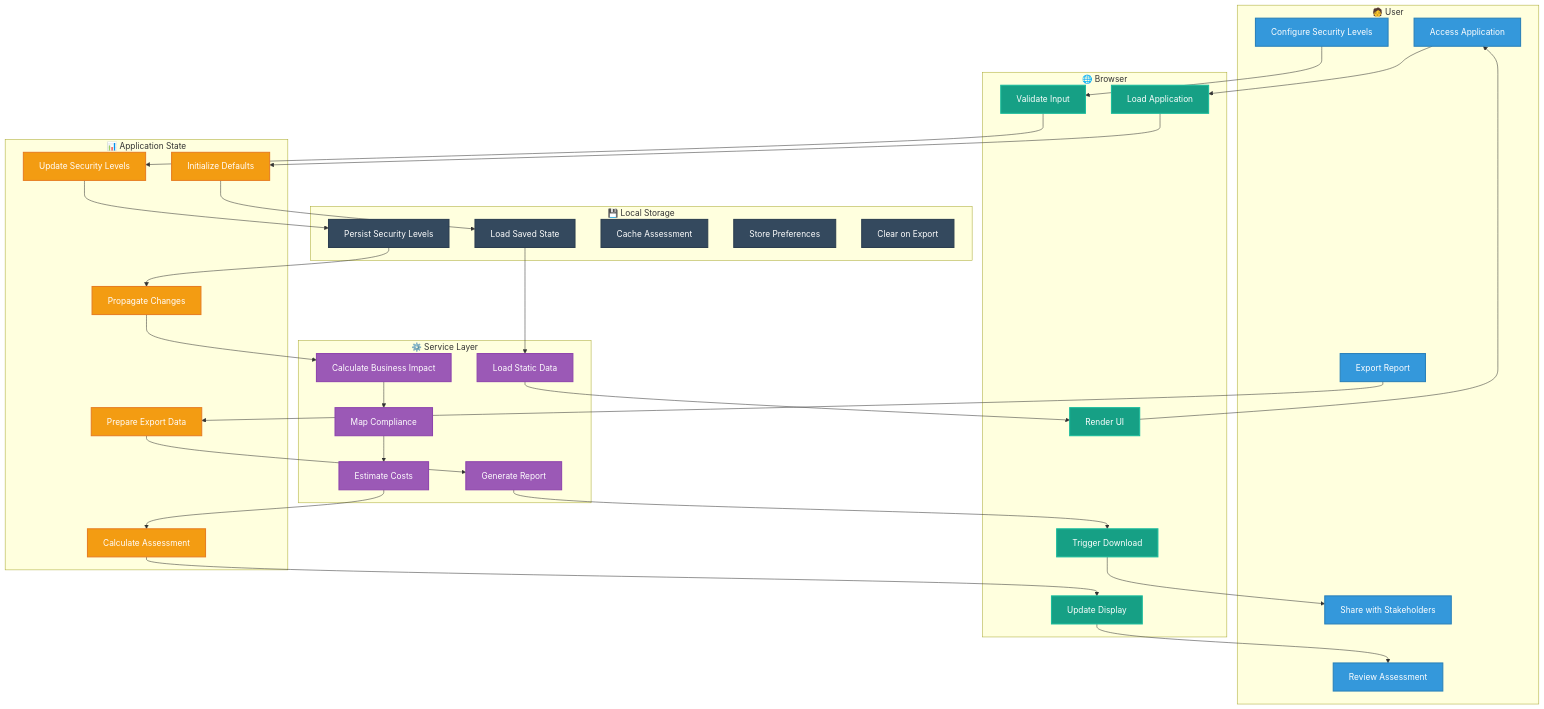
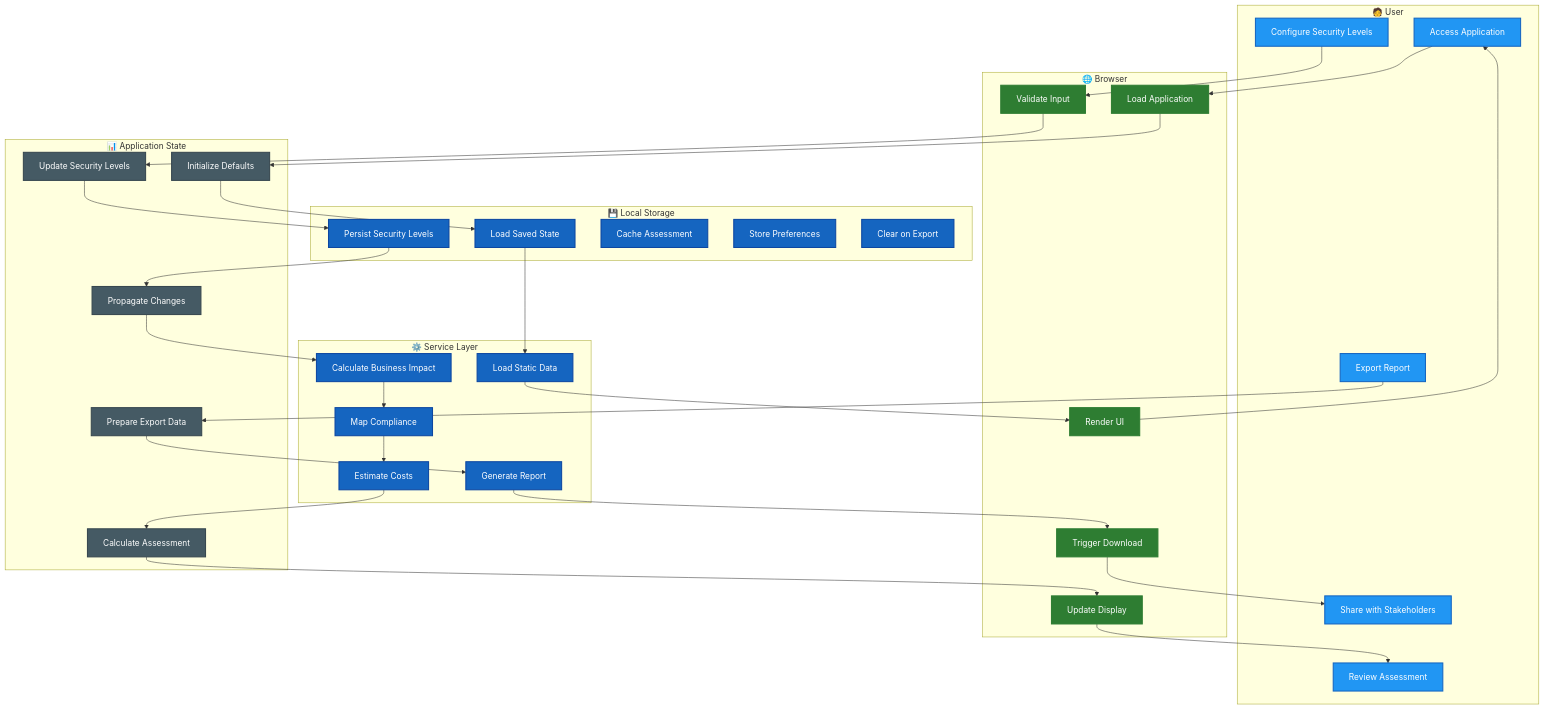
One commit to step-security-bot/cia-compliance-manager changed diagram 11 of 13 in docs/architecture/FLOWCHART.md. Above: the diagram before and after it, drawn with Mermaid. The commit also changed other lines of this file and 27 other files, not shown here.

First line of the commit message:
fix: resolve broken mermaid diagrams and improve color coding to match ISMS style guide (#1106)

````diff
--- a/docs/architecture/FLOWCHART.md
+++ b/docs/architecture/FLOWCHART.md
@@ -1017,77 +1017,77 @@
 ```mermaid
 flowchart TD
     subgraph User["🧑 User"]
         U1[Access Application]
         U2[Configure Security Levels]
         U3[Review Assessment]
         U4[Export Report]
         U5[Share with Stakeholders]
     end
     
     subgraph Browser["🌐 Browser"]
         B1[Load Application]
         B2[Render UI]
         B3[Validate Input]
         B4[Update Display]
         B5[Trigger Download]
     end
     
     subgraph AppState["📊 Application State"]
         S1[Initialize Defaults]
         S2[Update Security Levels]
         S3[Propagate Changes]
         S4[Calculate Assessment]
         S5[Prepare Export Data]
     end
     
     subgraph Services["⚙️ Service Layer"]
         SV1[Load Static Data]
         SV2[Calculate Business Impact]
         SV3[Map Compliance]
         SV4[Estimate Costs]
         SV5[Generate Report]
     end
     
     subgraph Storage["💾 Local Storage"]
         ST1[Load Saved State]
         ST2[Persist Security Levels]
         ST3[Cache Assessment]
         ST4[Store Preferences]
         ST5[Clear on Export]
     end
     
     U1 --> B1
     B1 --> S1
     S1 --> ST1
     ST1 --> SV1
     SV1 --> B2
     B2 --> U1
     
     U2 --> B3
     B3 --> S2
     S2 --> ST2
     ST2 --> S3
     S3 --> SV2
     SV2 --> SV3
     SV3 --> SV4
     SV4 --> S4
     S4 --> B4
     B4 --> U3
     
     U4 --> S5
     S5 --> SV5
     SV5 --> B5
     B5 --> U5
     
-    classDef user fill:#3498db,stroke:#2980b9,stroke-width:2px,color:white
-    classDef browser fill:#16a085,stroke:#1abc9c,stroke-width:2px,color:white
-    classDef state fill:#f39c12,stroke:#e67e22,stroke-width:2px,color:white
-    classDef service fill:#9b59b6,stroke:#8e44ad,stroke-width:2px,color:white
-    classDef storage fill:#34495e,stroke:#2c3e50,stroke-width:2px,color:white
+    classDef user fill:#2196F3,stroke:#1565C0,stroke-width:2px,color:#ffffff
+    classDef browser fill:#2E7D32,stroke:#2E7D32,stroke-width:2px,color:white
+    classDef state fill:#455A64,stroke:#37474F,stroke-width:2px,color:#ffffff
+    classDef service fill:#1565C0,stroke:#0D47A1,stroke-width:2px,color:#ffffff
+    classDef storage fill:#1565C0,stroke:#0D47A1,stroke-width:2px,color:#ffffff
     
     class U1,U2,U3,U4,U5 user
     class B1,B2,B3,B4,B5 browser
     class S1,S2,S3,S4,S5 state
     class SV1,SV2,SV3,SV4,SV5 service
     class ST1,ST2,ST3,ST4,ST5 storage
 ```
````
